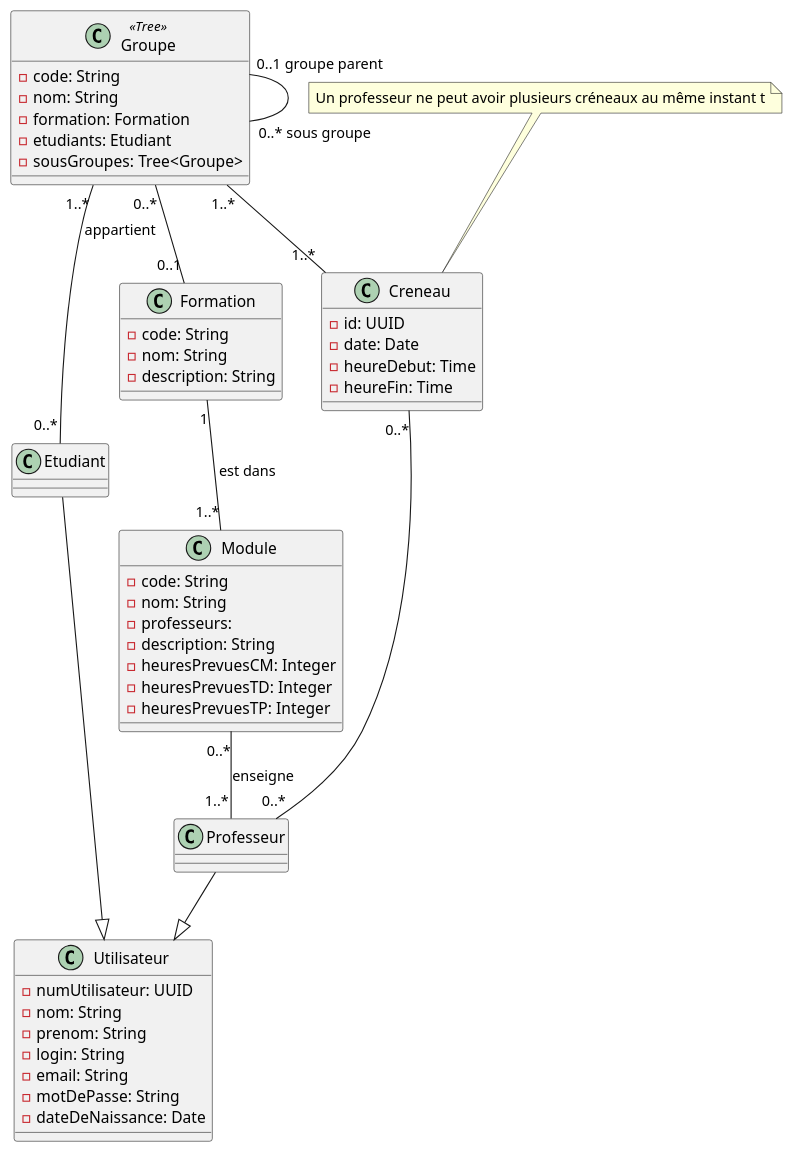
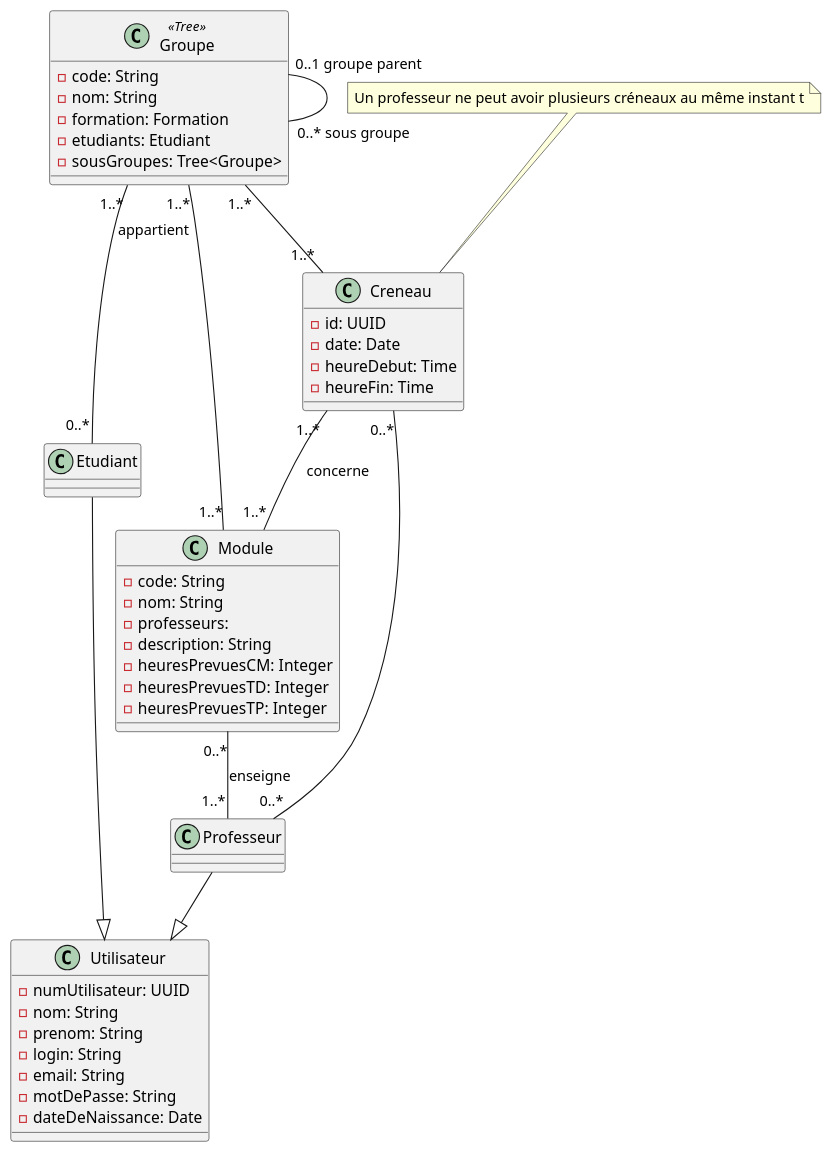
Before and after one commit to tombartos/projet-planning: the diagram in Doc/classes.plantuml, drawn with PlantUML.

Commit message:
retrait  de formation

```diff
--- a/Doc/classes.plantuml
+++ b/Doc/classes.plantuml
@@ -1,75 +1,75 @@
 @startuml Diagramme de classes du projet PNG
 class Utilisateur
 {
     - numUtilisateur: UUID /'Uniquement pour notre base de donnée'/ 
     - nom: String
     - prenom: String
     - login: String
     - email: String
     - motDePasse: String
     - dateDeNaissance: Date
 }
 
 class Professeur
 {
     
 }
 
 class Etudiant
 {
 
 }
 
 Professeur --|> Utilisateur
 Etudiant --|> Utilisateur
 
 class Module
 {
     - code: String
     - nom: String
     - professeurs:
     - description: String
     - heuresPrevuesCM: Integer
     - heuresPrevuesTD: Integer
     - heuresPrevuesTP: Integer
 }
 Module "0..*" -- "1..*" Professeur : "enseigne"
 
-class Formation
+/'class Formation
 {
     - code: String
     - nom: String
     - description: String
-}
+}'/
 
-Formation "1" -- "1..*" Module : "est dans"
 
 class Groupe <<Tree>>
 {
     - code: String
     - nom: String
     - formation: Formation
     - etudiants: Etudiant
     - sousGroupes: Tree<Groupe>
 }
 
 Groupe "0..1 groupe parent" -- "0..* sous groupe" Groupe 
-Groupe "0..*" -- "0..1" Formation
+Groupe "1..*" -- "1..*" Module
 Groupe "1..*" -- "0..*" Etudiant : appartient
 
 class Creneau
 {
     - id: UUID
     - date: Date
     /' gérer l'UTC '/
     - heureDebut: Time
     - heureFin: Time
 }
 
 Creneau "0..*"  -- "0..*" Professeur
 Groupe "1..*" -- "1..*" Creneau
+Creneau "1..*" -- "1..*" Module : concerne
 
 note "Un professeur ne peut avoir plusieurs créneaux au même instant t" as n1
 n1 .. Creneau
 
 @enduml
```
